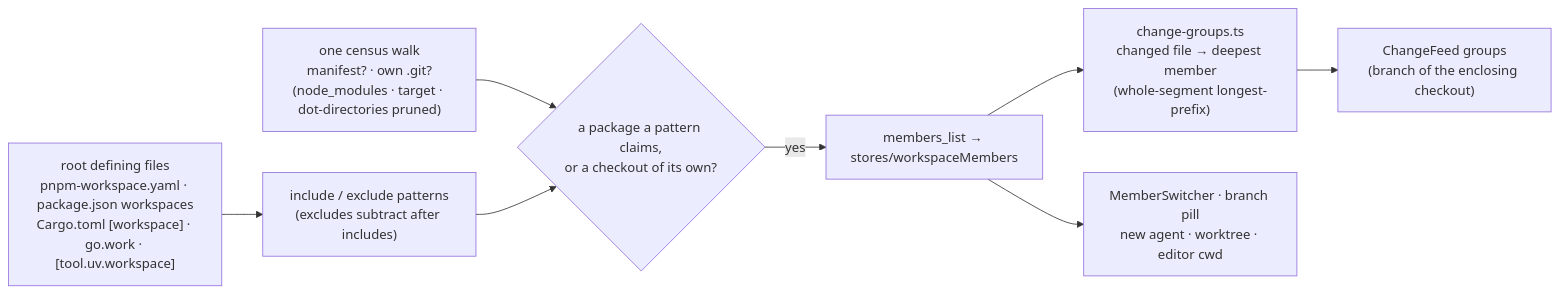
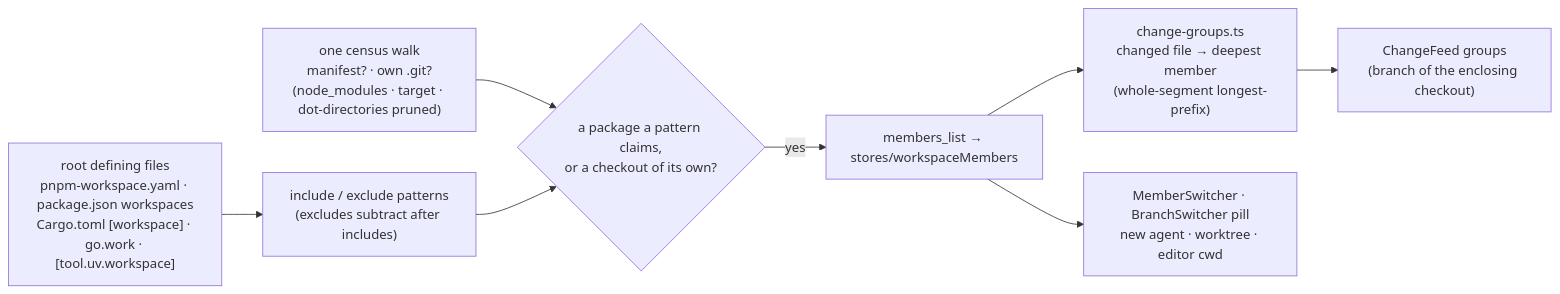
One commit to avi12/pade changed the sixth of 7 diagrams in ARCHITECTURE.md. Above: the diagram before and after it, drawn with Mermaid. The commit also changed other lines of this file and 4 other files, not shown here.

First line of the commit message:
feat(top bar): switch branches from the branch pill

````diff
--- a/ARCHITECTURE.md
+++ b/ARCHITECTURE.md
@@ -310,10 +310,10 @@
 ```mermaid
 flowchart LR
   Defs["root defining files<br/>pnpm-workspace.yaml · package.json workspaces<br/>Cargo.toml [workspace] · go.work · [tool.uv.workspace]"] --> Globs["include / exclude patterns<br/>(excludes subtract after includes)"]
   Walk["one census walk<br/>manifest? · own .git?<br/>(node_modules · target · dot-directories pruned)"] --> Confirm{"a package a pattern claims,<br/>or a checkout of its own?"}
   Globs --> Confirm
   Confirm -->|yes| Members["members_list → stores/workspaceMembers"]
   Members --> Assign["change-groups.ts<br/>changed file → deepest member<br/>(whole-segment longest-prefix)"]
-  Members --> Switcher["MemberSwitcher · branch pill<br/>new agent · worktree · editor cwd"]
+  Members --> Switcher["MemberSwitcher · BranchSwitcher pill<br/>new agent · worktree · editor cwd"]
   Assign --> Feed["ChangeFeed groups<br/>(branch of the enclosing checkout)"]
 ```
````
